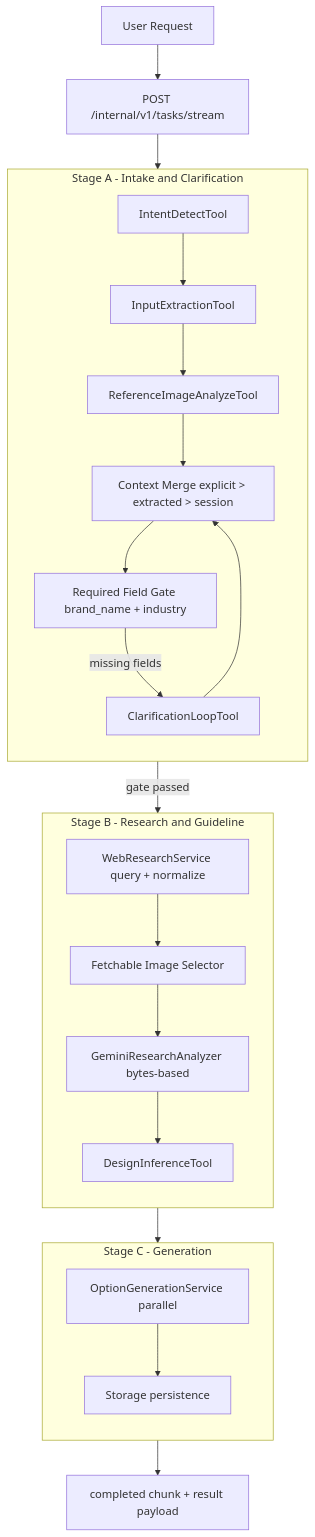
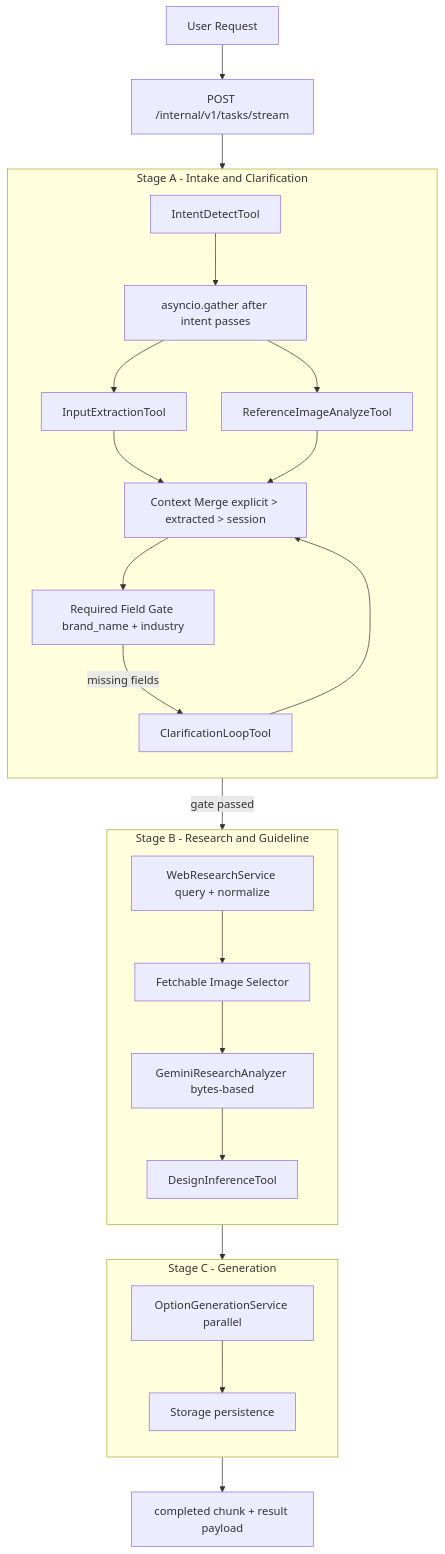
Before and after one commit to Ne4nf/Agent-Memory: the first of 3 diagrams in architecture.md, drawn with Mermaid. The commit also changed other lines of this file, not shown here.

Commit message:
Update architecture documentation with new sections

````diff
--- a/architecture.md
+++ b/architecture.md
@@ -109,33 +109,39 @@
 ```mermaid
 flowchart TD
   U[User Request] --> ST[POST /internal/v1/tasks/stream]
 
   subgraph SA[Stage A - Intake and Clarification]
     direction TB
     A1[IntentDetectTool]
     A2[InputExtractionTool]
     A3[ReferenceImageAnalyzeTool]
-    A4[Context Merge explicit > extracted > session]
-    A5[Required Field Gate brand_name + industry]
-    A6[ClarificationLoopTool]
+    A4[asyncio.gather after intent passes]
+    A5[Context Merge explicit > extracted > session]
+    A6[Required Field Gate brand_name + industry]
+    A7[ClarificationLoopTool]
   end
 
   subgraph SB[Stage B - Research and Guideline]
     direction TB
     B1[WebResearchService query + normalize]
     B2[Fetchable Image Selector]
     B3[GeminiResearchAnalyzer bytes-based]
     B4[DesignInferenceTool]
   end
 
   subgraph SC[Stage C - Generation]
     direction TB
     C1[OptionGenerationService parallel]
     C2[Storage persistence]
   end
 
-  ST --> A1 --> A2 --> A3 --> A4 --> A5
-  A5 -->|missing fields| A6 --> A4
-  A5 -->|gate passed| B1 --> B2 --> B3 --> B4 --> C1 --> C2
+  ST --> A1 --> A4
+  A4 --> A2
+  A4 --> A3
+  A2 --> A5
+  A3 --> A5
+  A5 --> A6
+  A6 -->|missing fields| A7 --> A5
+  A6 -->|gate passed| B1 --> B2 --> B3 --> B4 --> C1 --> C2
   C2 --> DONE[completed chunk + result payload]
 ```
````
